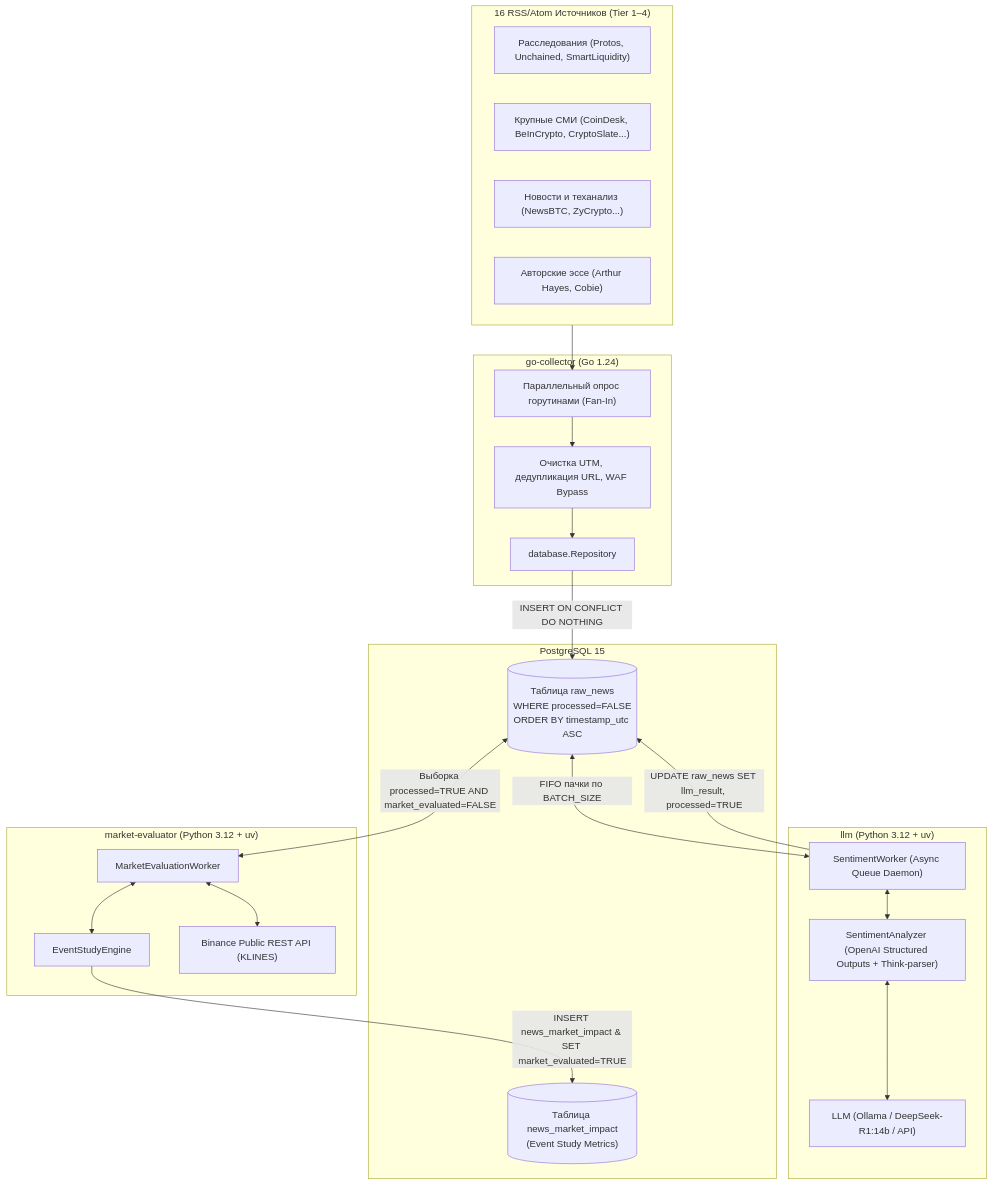
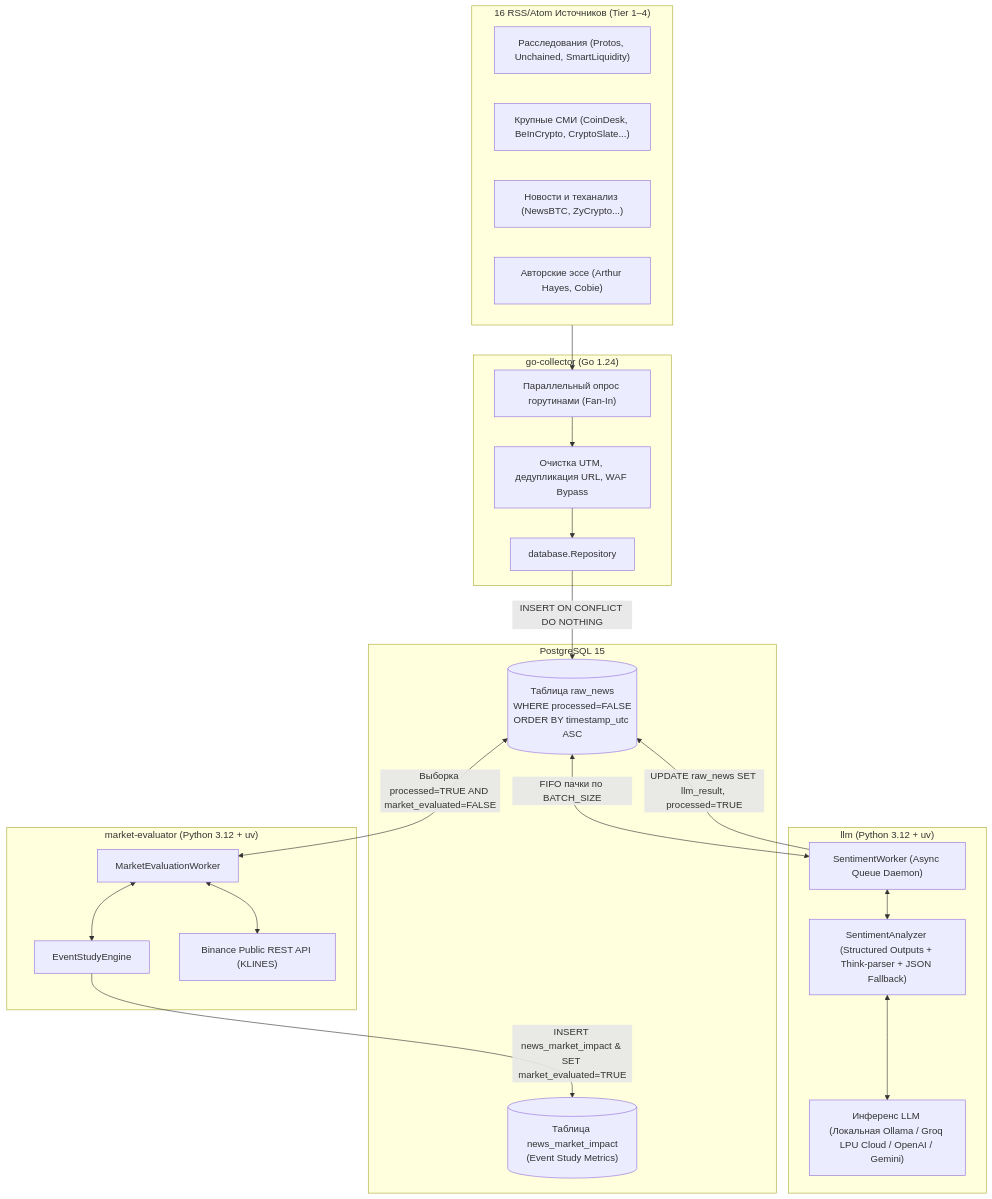
Before and after one commit to Isn0v/news-analysis: the diagram in docs/ARCHITECTURE.md, drawn with Mermaid. The commit also changed other lines of this file and 5 other files, not shown here.

Commit message:
docs: update architecture, llm, and market-evaluator docs for cloud inference and quant findings

````diff
--- a/docs/ARCHITECTURE.md
+++ b/docs/ARCHITECTURE.md
@@ -9,41 +9,41 @@
 ```mermaid
 flowchart TD
     subgraph Sources["16 RSS/Atom Источников (Tier 1–4)"]
         S1["Расследования (Protos, Unchained, SmartLiquidity)"]
         S2["Крупные СМИ (CoinDesk, BeInCrypto, CryptoSlate...)"]
         S3["Новости и теханализ (NewsBTC, ZyCrypto...)"]
         S4["Авторские эссе (Arthur Hayes, Cobie)"]
     end
 
     subgraph ServiceCollector["go-collector (Go 1.24)"]
         FanIn["Параллельный опрос горутинами (Fan-In)"]
         Clean["Очистка UTM, дедупликация URL, WAF Bypass"]
         Repo["database.Repository"]
     end
 
     subgraph Database["PostgreSQL 15"]
         RawNews[("Таблица raw_news<br/>WHERE processed=FALSE<br/>ORDER BY timestamp_utc ASC")]
         ImpactTable[("Таблица news_market_impact<br/>(Event Study Metrics)")]
     end
 
     subgraph ServiceLLM["llm (Python 3.12 + uv)"]
         WorkerLLM["SentimentWorker (Async Queue Daemon)"]
-        Analyzer["SentimentAnalyzer (OpenAI Structured Outputs + Think-parser)"]
-        LLMInference["LLM (Ollama / DeepSeek-R1:14b / API)"]
+        Analyzer["SentimentAnalyzer (Structured Outputs + Think-parser + JSON Fallback)"]
+        LLMInference["Инференс LLM (Локальная Ollama / Groq LPU Cloud / OpenAI / Gemini)"]
     end
 
     subgraph ServiceMarket["market-evaluator (Python 3.12 + uv)"]
         WorkerMarket["MarketEvaluationWorker"]
         Engine["EventStudyEngine"]
         BinanceAPI["Binance Public REST API (KLINES)"]
     end
 
     Sources --> FanIn --> Clean --> Repo -->|INSERT ON CONFLICT DO NOTHING| RawNews
     RawNews <-->|"FIFO пачки по BATCH_SIZE"| WorkerLLM
     WorkerLLM <--> Analyzer <--> LLMInference
     WorkerLLM -->|"UPDATE raw_news SET llm_result, processed=TRUE"| RawNews
     RawNews <-->|"Выборка processed=TRUE AND market_evaluated=FALSE"| WorkerMarket
     WorkerMarket <--> BinanceAPI
     WorkerMarket <--> Engine
     Engine -->|"INSERT news_market_impact & SET market_evaluated=TRUE"| ImpactTable
 ```
````
